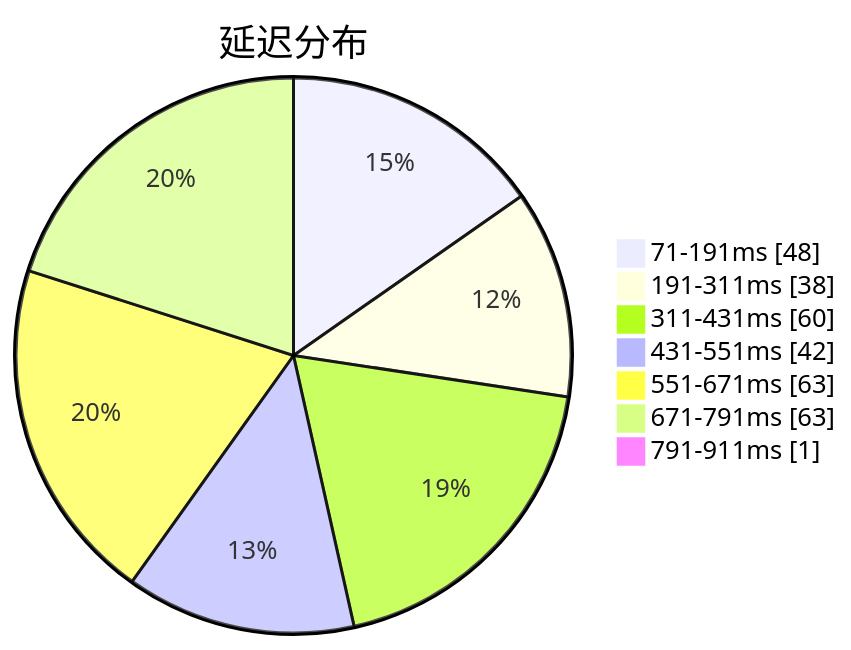
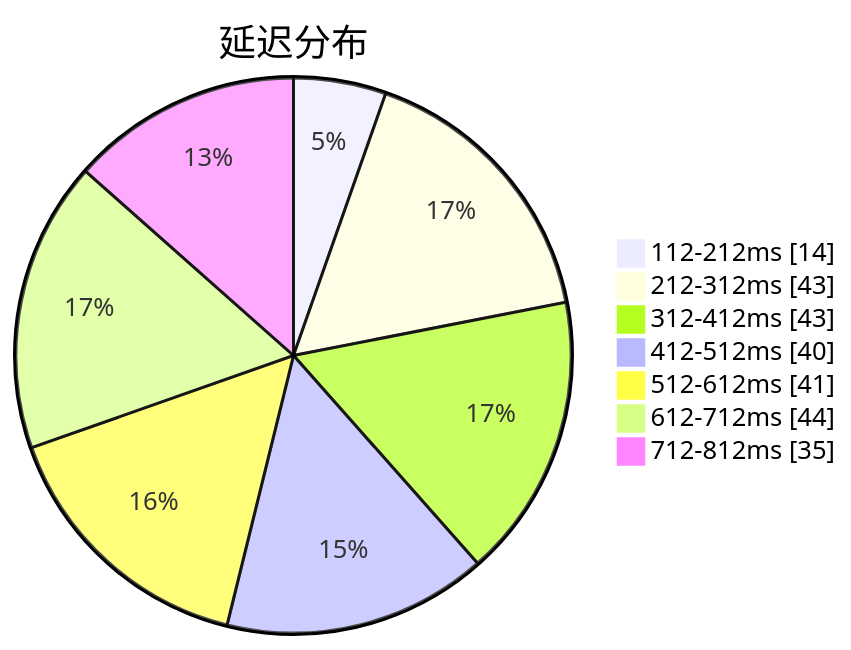
The first of 3 diagrams in subs/statistics/tested_within.md (sinspired/airport), drawn with Mermaid before and after one commit. The commit also changed other lines of this file and 2 other files, not shown here.

````diff
--- a/subs/statistics/tested_within.md
+++ b/subs/statistics/tested_within.md
@@ -2,11 +2,11 @@
 ```mermaid
 pie showData
 title 延迟分布
-"71-191ms" : 48
-"191-311ms" : 38
-"311-431ms" : 60
-"431-551ms" : 42
-"551-671ms" : 63
-"671-791ms" : 63
-"791-911ms" : 1
+"112-212ms" : 14
+"212-312ms" : 43
+"312-412ms" : 43
+"412-512ms" : 40
+"512-612ms" : 41
+"612-712ms" : 44
+"712-812ms" : 35
 ```
````
